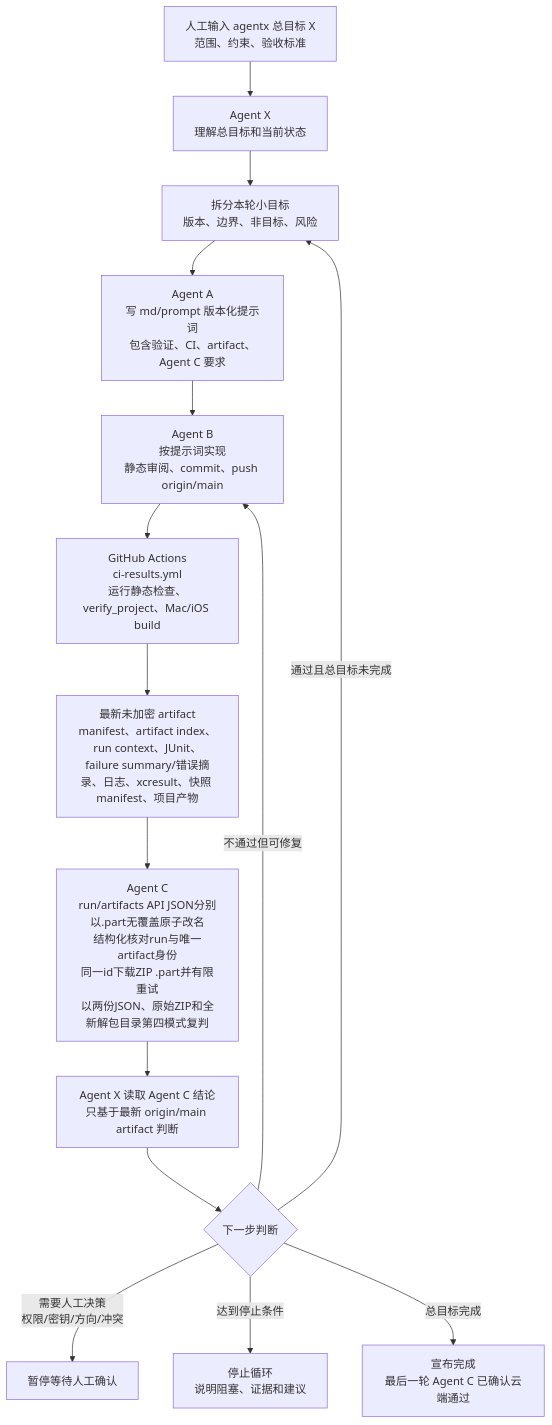
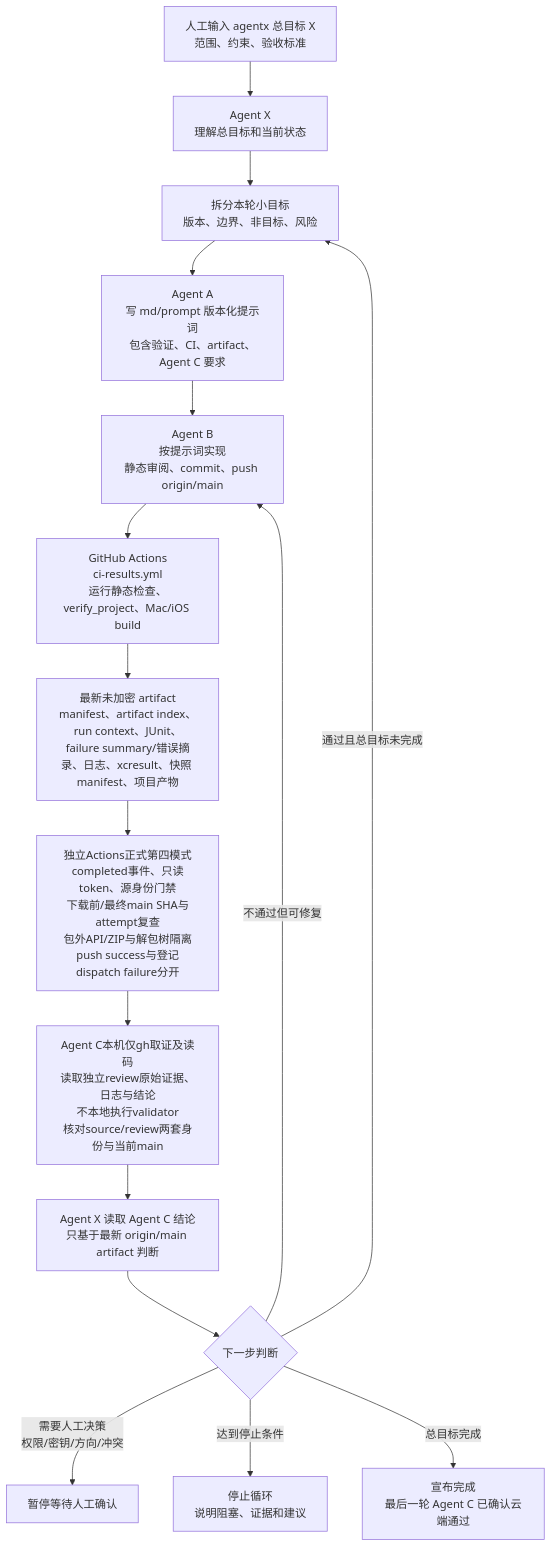
One commit to Altman-sam114/114 changed the sixth of 6 diagrams in md/flow/flowchart.md. Above: the diagram before and after it, drawn with Mermaid. The commit also changed other lines of this file and 16 other files, not shown here.

````diff
--- a/md/flow/flowchart.md
+++ b/md/flow/flowchart.md
@@ -174,17 +189,18 @@
 ```mermaid
 flowchart TD
   H["人工输入 agentx 总目标 X<br/>范围、约束、验收标准"] --> X0["Agent X<br/>理解总目标和当前状态"]
   X0 --> X1["拆分本轮小目标<br/>版本、边界、非目标、风险"]
   X1 --> A["Agent A<br/>写 md/prompt 版本化提示词<br/>包含验证、CI、artifact、Agent C 要求"]
   A --> B["Agent B<br/>按提示词实现<br/>静态审阅、commit、push origin/main"]
   B --> CI["GitHub Actions<br/>ci-results.yml<br/>运行静态检查、verify_project、Mac/iOS build"]
   CI --> ART["最新未加密 artifact<br/>manifest、artifact index、run context、JUnit、failure summary/错误摘录、日志、xcresult、快照 manifest、项目产物"]
-  ART --> C["Agent C<br/>run/artifacts API JSON分别以.part无覆盖原子改名<br/>结构化核对run与唯一artifact身份<br/>同一id下载ZIP .part并有限重试<br/>以两份JSON、原始ZIP和全新解包目录第四模式复判"]
+  ART --> REVIEW["独立Actions正式第四模式<br/>completed事件、只读token、源身份门禁<br/>下载前/最终main SHA与attempt复查<br/>包外API/ZIP与解包树隔离<br/>push success与登记dispatch failure分开"]
+  REVIEW --> C["Agent C本机仅gh取证及读码<br/>读取独立review原始证据、日志与结论<br/>不本地执行validator<br/>核对source/review两套身份与当前main"]
   C --> X2["Agent X 读取 Agent C 结论<br/>只基于最新 origin/main artifact 判断"]
   X2 --> D{"下一步判断"}
   D -->|通过且总目标未完成| X1
   D -->|不通过但可修复| B
   D -->|需要人工决策<br/>权限/密钥/方向/冲突| P["暂停等待人工确认"]
   D -->|达到停止条件| S["停止循环<br/>说明阻塞、证据和建议"]
   D -->|总目标完成| DONE["宣布完成<br/>最后一轮 Agent C 已确认云端通过"]
 ```
````
